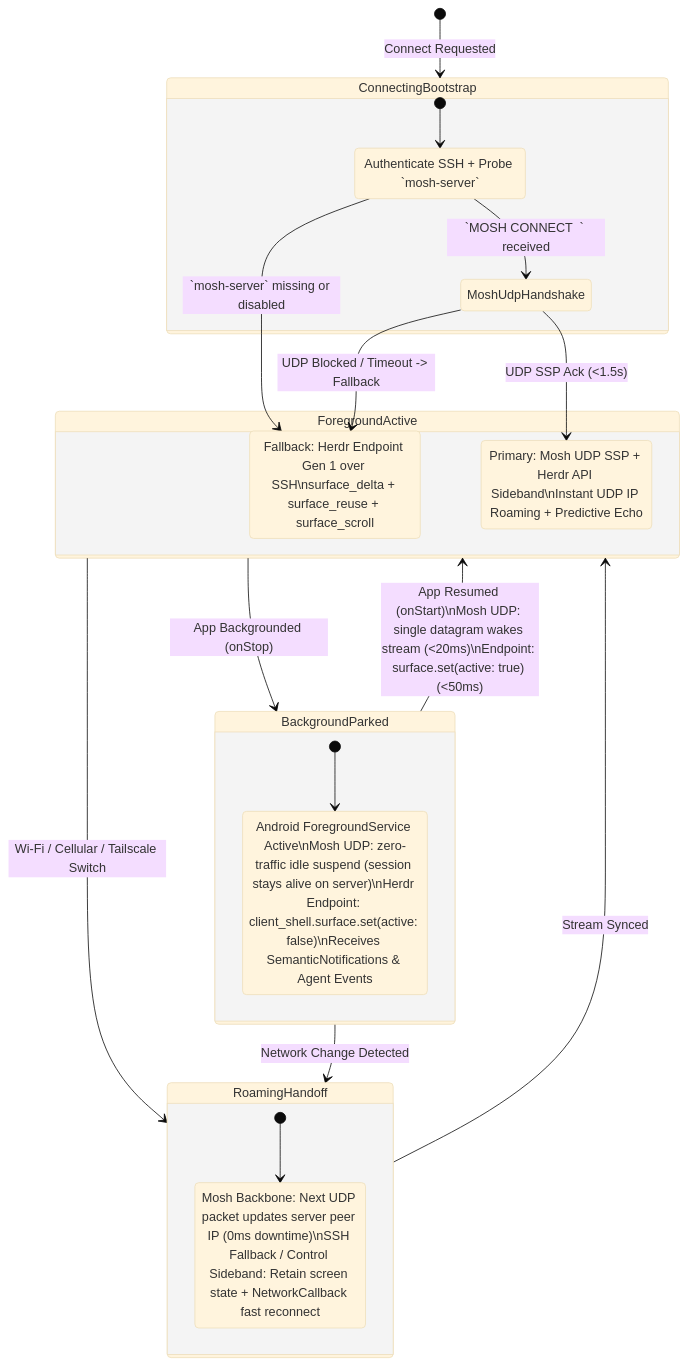
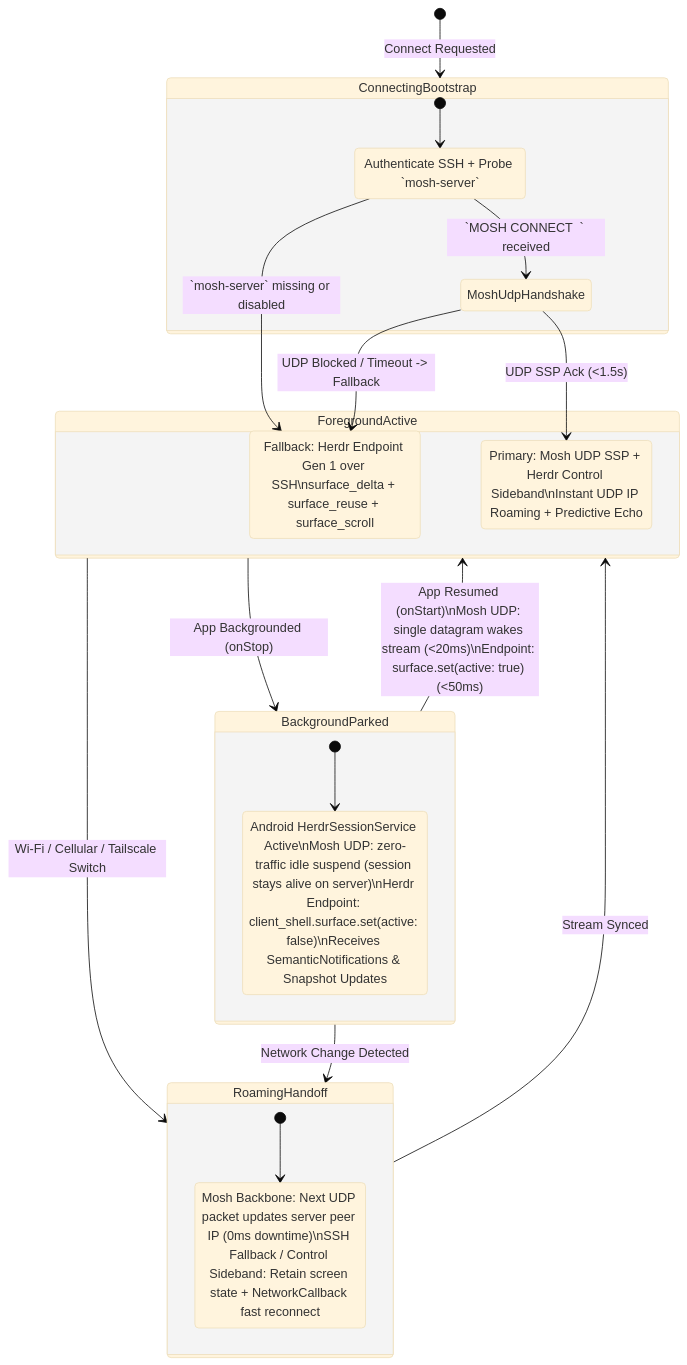
One commit to ToxicBakery/BisonHerdr changed the fourth of 5 diagrams in docs/plans/01-core-app-design.md. Above: the diagram before and after it, drawn with Mermaid (base theme). The commit also changed other lines of this file and 2 other files, not shown here.

Commit message:
docs: align core app design plan with unmodified herdr server and standalone rust workspace

````diff
--- a/docs/plans/01-core-app-design.md
+++ b/docs/plans/01-core-app-design.md
@@ -496,37 +496,37 @@
 ```mermaid
 stateDiagram-v2
     [*] --> ConnectingBootstrap: Connect Requested
     
     state ConnectingBootstrap {
         [*] --> SshAuthAndProbe
         SshAuthAndProbe: Authenticate SSH + Probe `mosh-server`
         SshAuthAndProbe --> MoshUdpHandshake: `MOSH CONNECT <port> <key>` received
         SshAuthAndProbe --> SshEndpointActive: `mosh-server` missing or disabled
         MoshUdpHandshake --> MoshBackboneActive: UDP SSP Ack (<1.5s)
         MoshUdpHandshake --> SshEndpointActive: UDP Blocked / Timeout -> Fallback
     }
 
     state ForegroundActive {
-        MoshBackboneActive: Primary: Mosh UDP SSP + Herdr API Sideband\nInstant UDP IP Roaming + Predictive Echo
+        MoshBackboneActive: Primary: Mosh UDP SSP + Herdr Control Sideband\nInstant UDP IP Roaming + Predictive Echo
         SshEndpointActive: Fallback: Herdr Endpoint Gen 1 over SSH\nsurface_delta + surface_reuse + surface_scroll
     }
 
     ForegroundActive --> BackgroundParked: App Backgrounded (onStop)
     
     state BackgroundParked {
         [*] --> ControlOnlyLease
-        ControlOnlyLease: Android ForegroundService Active\nMosh UDP: zero-traffic idle suspend (session stays alive on server)\nHerdr Endpoint: client_shell.surface.set(active: false)\nReceives SemanticNotifications & Agent Events
+        ControlOnlyLease: Android HerdrSessionService Active\nMosh UDP: zero-traffic idle suspend (session stays alive on server)\nHerdr Endpoint: client_shell.surface.set(active: false)\nReceives SemanticNotifications & Snapshot Updates
     }
 
     BackgroundParked --> ForegroundActive: App Resumed (onStart)\nMosh UDP: single datagram wakes stream (<20ms)\nEndpoint: surface.set(active: true) (<50ms)
 
     ForegroundActive --> RoamingHandoff: Wi-Fi / Cellular / Tailscale Switch
     BackgroundParked --> RoamingHandoff: Network Change Detected
 
     state RoamingHandoff {
         [*] --> SeamlessResume
         SeamlessResume: Mosh Backbone: Next UDP packet updates server peer IP (0ms downtime)\nSSH Fallback / Control Sideband: Retain screen state + NetworkCallback fast reconnect
     }
 
     RoamingHandoff --> ForegroundActive: Stream Synced
 ```
````
